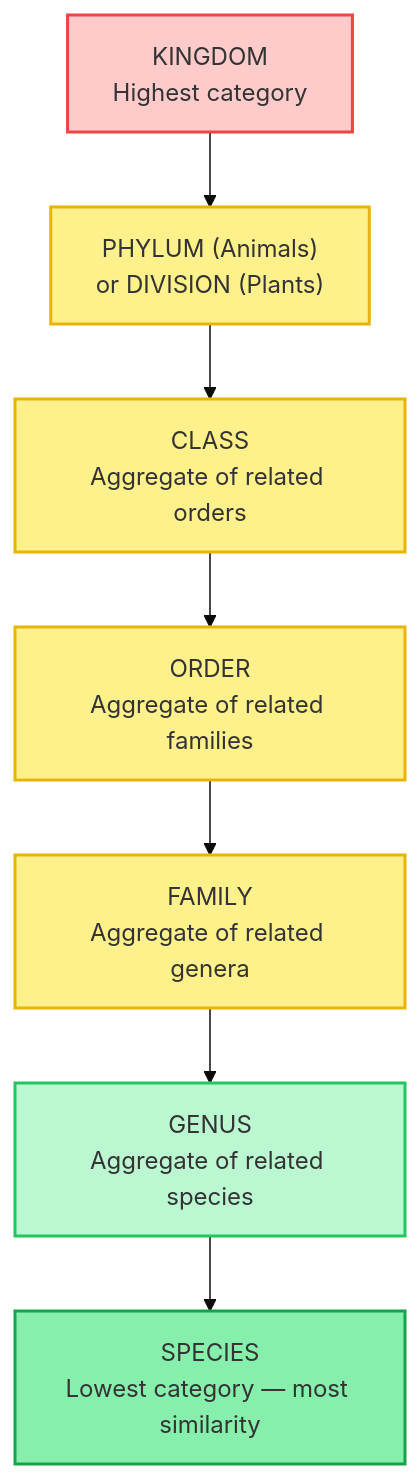
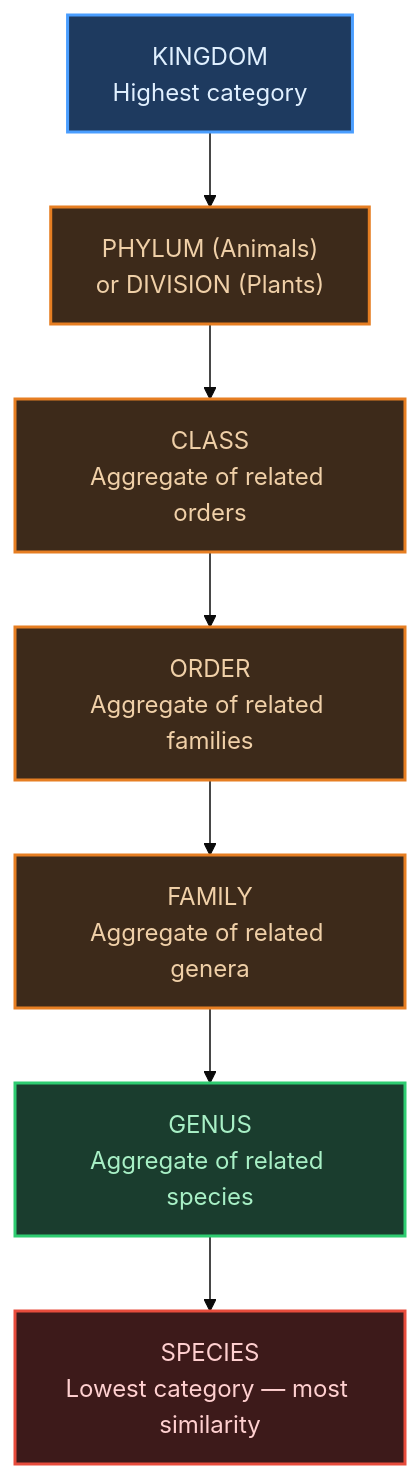
The fifth of 5 diagrams in AI-NOTES/BIOLOGY/BIOLOGY01-THE_LIVING_WORLD/BIOLOGY01-THE_LIVING_WORLD-NOTES.md (fsr-science/NoteBooks-Science-Legacy), drawn with Mermaid (base theme) before and after one commit. The commit also changed other lines of this file and 3 other files, not shown here.

````diff
--- a/AI-NOTES/BIOLOGY/BIOLOGY01-THE_LIVING_WORLD/BIOLOGY01-THE_LIVING_WORLD-NOTES.md
+++ b/AI-NOTES/BIOLOGY/BIOLOGY01-THE_LIVING_WORLD/BIOLOGY01-THE_LIVING_WORLD-NOTES.md
@@ -235,17 +220,17 @@
 ```mermaid
 flowchart TD
     K[KINGDOM<br/>Highest category] --> P["PHYLUM (Animals)<br/>or DIVISION (Plants)"]
     P --> CL[CLASS<br/>Aggregate of related orders]
     CL --> O[ORDER<br/>Aggregate of related families]
     O --> F[FAMILY<br/>Aggregate of related genera]
     F --> G[GENUS<br/>Aggregate of related species]
     G --> S[SPECIES<br/>Lowest category — most similarity]
 
-    style K fill:#fecaca,stroke:#ef4444,stroke-width:2px
-    style P fill:#fef08a,stroke:#eab308,stroke-width:2px
-    style CL fill:#fef08a,stroke:#eab308,stroke-width:2px
-    style O fill:#fef08a,stroke:#eab308,stroke-width:2px
-    style F fill:#fef08a,stroke:#eab308,stroke-width:2px
-    style G fill:#bbf7d0,stroke:#22c55e,stroke-width:2px
-    style S fill:#86efac,stroke:#16a34a,stroke-width:2px
+    style K fill:#1e3a5f,color:#e0f0ff,stroke:#4a9eff,stroke-width:2px
+    style P fill:#3d2a1a,color:#f0d0a8,stroke:#e67e22,stroke-width:2px
+    style CL fill:#3d2a1a,color:#f0d0a8,stroke:#e67e22,stroke-width:2px
+    style O fill:#3d2a1a,color:#f0d0a8,stroke:#e67e22,stroke-width:2px
+    style F fill:#3d2a1a,color:#f0d0a8,stroke:#e67e22,stroke-width:2px
+    style G fill:#1a3d2e,color:#a8f0c6,stroke:#2ecc71,stroke-width:2px
+    style S fill:#3d1a1a,color:#ffd0d0,stroke:#e74c3c,stroke-width:2px
 ```
````
